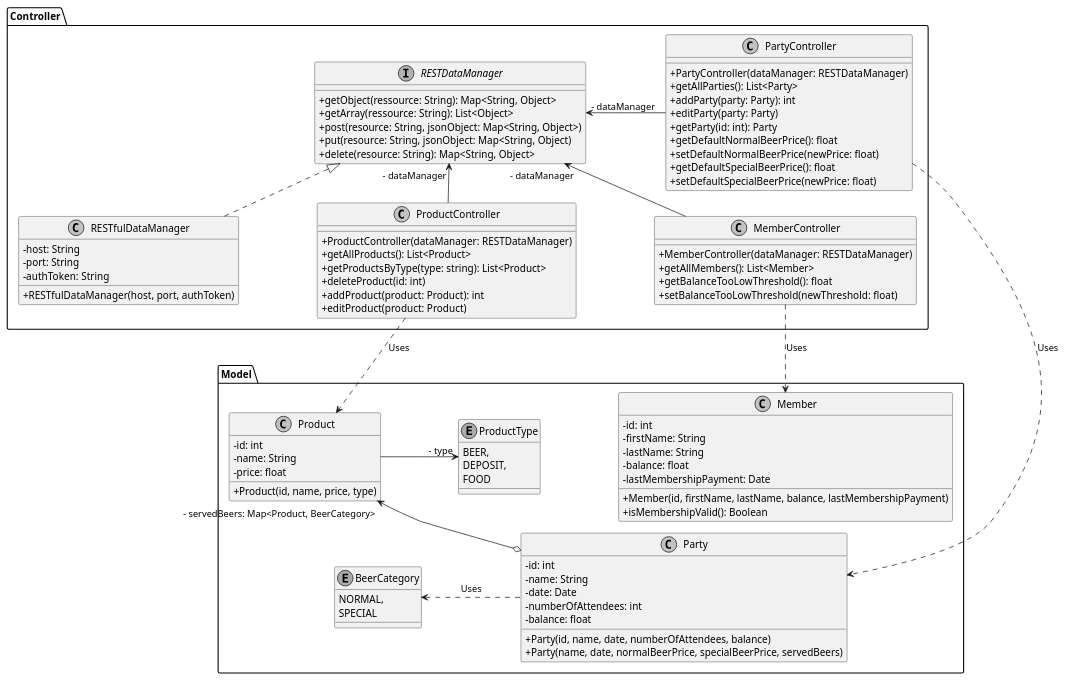
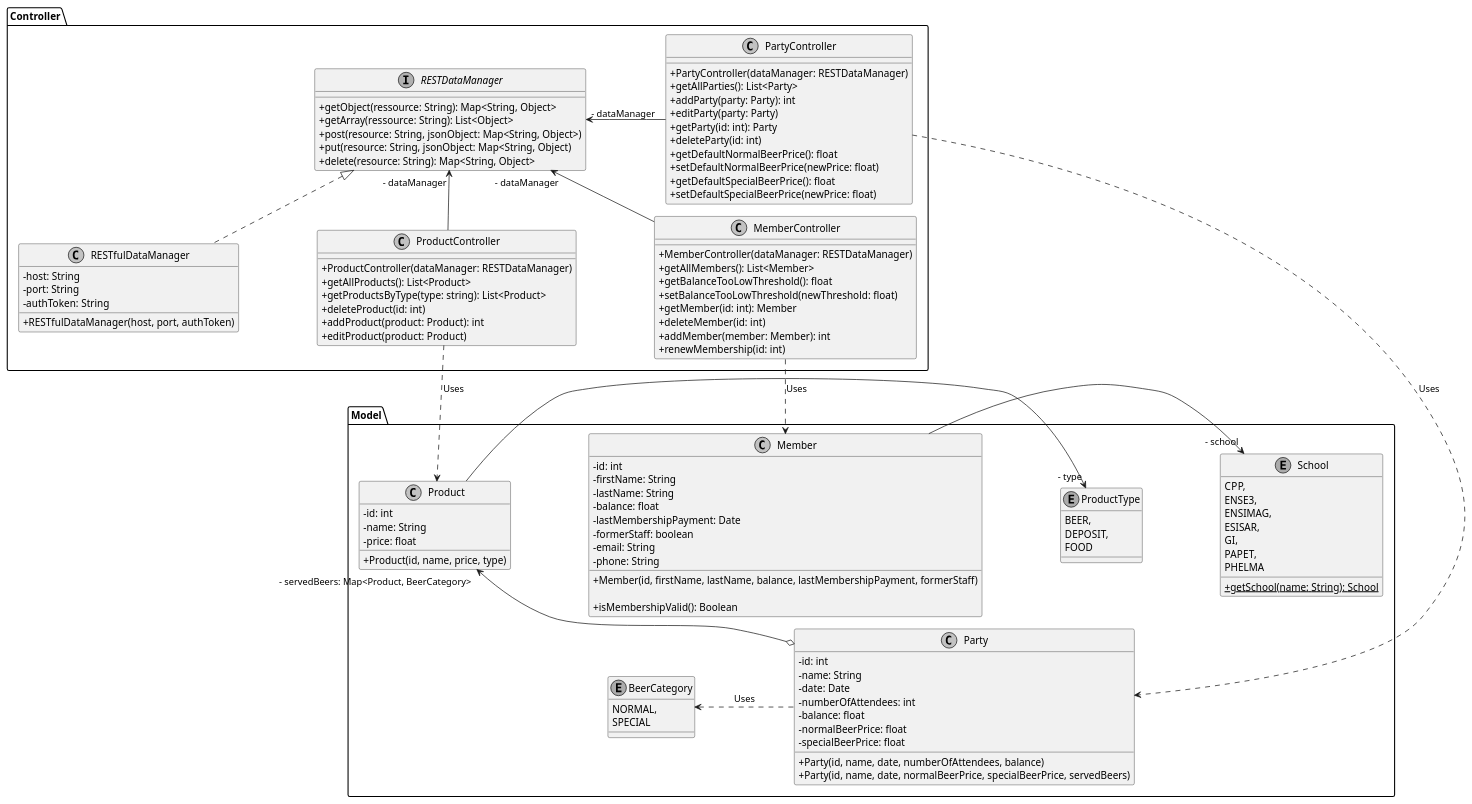
Before and after one commit to lutrampal/sbeereck-app: the diagram in docs/front-end/classDiagram.puml, drawn with PlantUML. The commit also changed 38 other files, not shown here.

```diff
--- a/docs/front-end/classDiagram.puml
+++ b/docs/front-end/classDiagram.puml
@@ -1,111 +1,135 @@
 @startuml
 skinparam monochrome true
 skinparam classAttributeIconSize 0
 skinparam nodesep 110
 skinparam ranksep 10
 
 package Model {
 	class Party {
 		- id: int
 		- name: String
 		- date: Date
 		- numberOfAttendees: int
 		- balance: float
+		- normalBeerPrice: float
+		- specialBeerPrice: float
 		+ Party(id, name, date, numberOfAttendees, balance)
-		+ Party(name, date, normalBeerPrice, specialBeerPrice, servedBeers)
+		+ Party(id, name, date, normalBeerPrice, specialBeerPrice, servedBeers)
 	}
 
 	class Product {
 		- id: int
 		- name: String
 		- price: float
 		+ Product(id, name, price, type)
 	}
 
 	enum ProductType {
 		BEER,
 		DEPOSIT,
 		FOOD
 	}
 
 	ProductType "- type" <- Product
 
 	enum BeerCategory {
 		NORMAL,
 		SPECIAL
 	}
 
 	Product "- servedBeers: Map<Product, BeerCategory>" <--o Party
 
 	BeerCategory <. Party: Uses
 	
 	class Member {
 		- id: int
 		- firstName: String
 		- lastName: String
 		- balance: float
 		- lastMembershipPayment: Date
-		+ Member(id, firstName, lastName, balance, lastMembershipPayment)
+		- formerStaff: boolean
+		- email: String
+		- phone: String
+		+ Member(id, firstName, lastName, balance, lastMembershipPayment, formerStaff)
+		
 		+ isMembershipValid(): Boolean
 	}
+
+	enum School {
+		CPP,
+		ENSE3,
+		ENSIMAG,
+		ESISAR,
+		GI,
+		PAPET,
+		PHELMA
+		+ {static} getSchool(name: String): School
+	}
+
+	Member -> "- school" School
 }
 
 package Controller {
 	interface RESTDataManager {
 		+ getObject(ressource: String): Map<String, Object>
 		+ getArray(ressource: String): List<Object>
 		+ post(resource: String, jsonObject: Map<String, Object>)
 		+ put(resource: String, jsonObject: Map<String, Object)
 		+ delete(resource: String): Map<String, Object>
 	}
 
 	class RESTfulDataManager {
 		- host: String
 		- port: String
 		- authToken: String
 		+ RESTfulDataManager(host, port, authToken)
 	}
 
 	RESTDataManager <|.. RESTfulDataManager
 		
 
 	class PartyController {
 		+ PartyController(dataManager: RESTDataManager)
 		+ getAllParties(): List<Party>
 		+ addParty(party: Party): int
 		+ editParty(party: Party)
 		+ getParty(id: int): Party
+		+ deleteParty(id: int)
 		+ getDefaultNormalBeerPrice(): float
 		+ setDefaultNormalBeerPrice(newPrice: float)
 		+ getDefaultSpecialBeerPrice(): float
 		+ setDefaultSpecialBeerPrice(newPrice: float)
 	}
 
 	RESTDataManager "- dataManager" <- PartyController
 
 	class ProductController {
 		+ ProductController(dataManager: RESTDataManager)
 		+ getAllProducts(): List<Product>
 		+ getProductsByType(type: string): List<Product>
 		+ deleteProduct(id: int)
 		+ addProduct(product: Product): int
 		+ editProduct(product: Product)
 	}
 
 	RESTDataManager "- dataManager" <-- ProductController
 
 	class MemberController {
 		+ MemberController(dataManager: RESTDataManager)
 		+ getAllMembers(): List<Member>
 		+ getBalanceTooLowThreshold(): float
 		+ setBalanceTooLowThreshold(newThreshold: float)
+		+ getMember(id: int): Member
+		+ deleteMember(id: int)
+		+ addMember(member: Member): int
+		+ renewMembership(id: int)
 	}
 	
 	RESTDataManager "- dataManager" <-- MemberController
 }
 
 PartyController ..> Party: Uses
 ProductController ..> Product: Uses
 MemberController ..> Member: Uses
 
 @enduml
```
